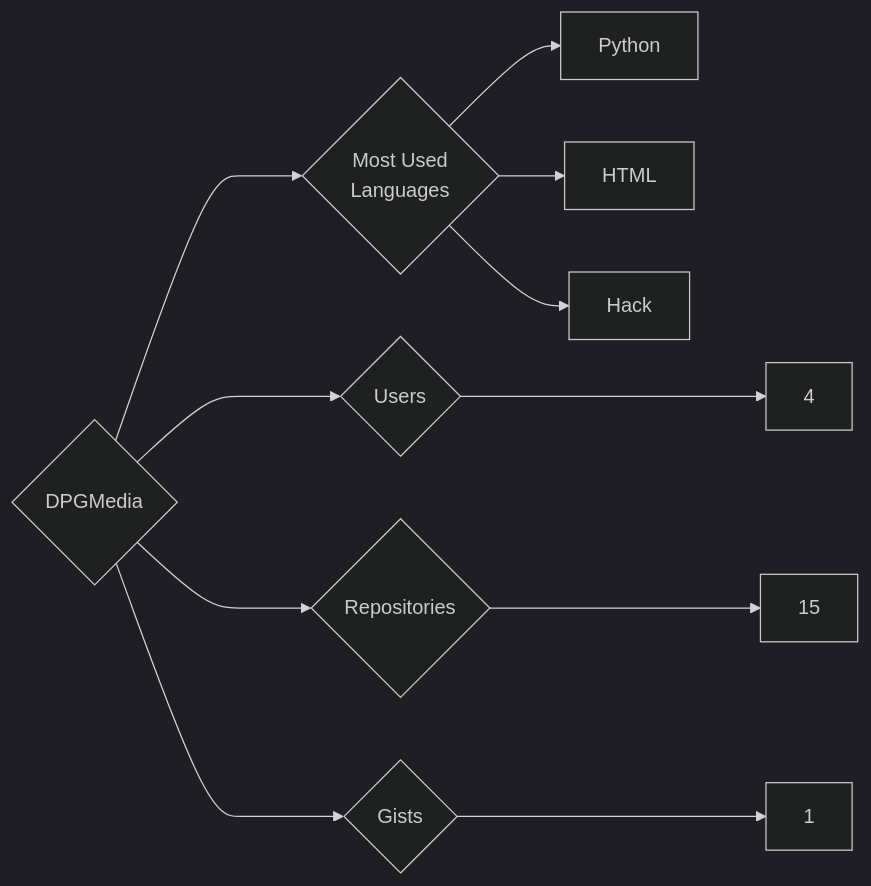
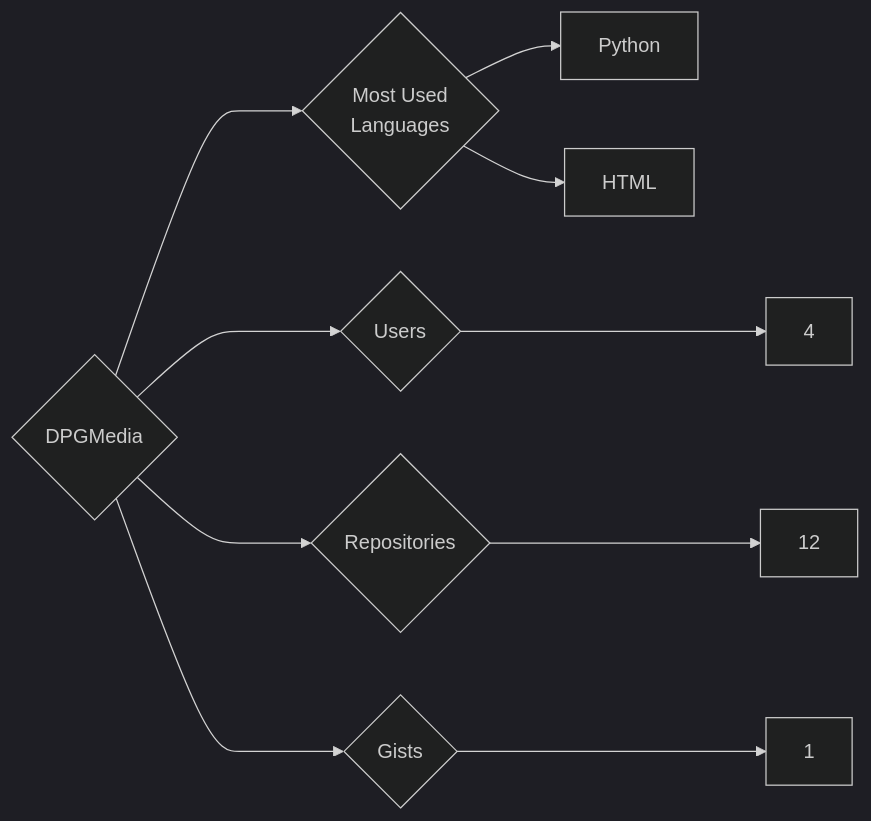
Before and after one commit to trickest/insiders: the diagram in targets/DPGMedia/README.md, drawn with Mermaid (dark theme). The commit also changed 857 other files, not shown here.

````diff
--- a/targets/DPGMedia/README.md
+++ b/targets/DPGMedia/README.md
@@ -3,11 +3,10 @@
 ```mermaid
 graph LR
 COMPANY_NAME{DPGMedia}
 COMPANY_NAME ---> U{Users} ---> UN[4]
-COMPANY_NAME ---> R{Repositories} ---> RN[15]
+COMPANY_NAME ---> R{Repositories} ---> RN[12]
 COMPANY_NAME ---> G{Gists} ---> GN[1]
 COMPANY_NAME ---> ML{Most Used<br>Languages}
 ML --> Python[Python]
 ML --> HTML[HTML]
-ML --> Hack[Hack]
 ```
````
